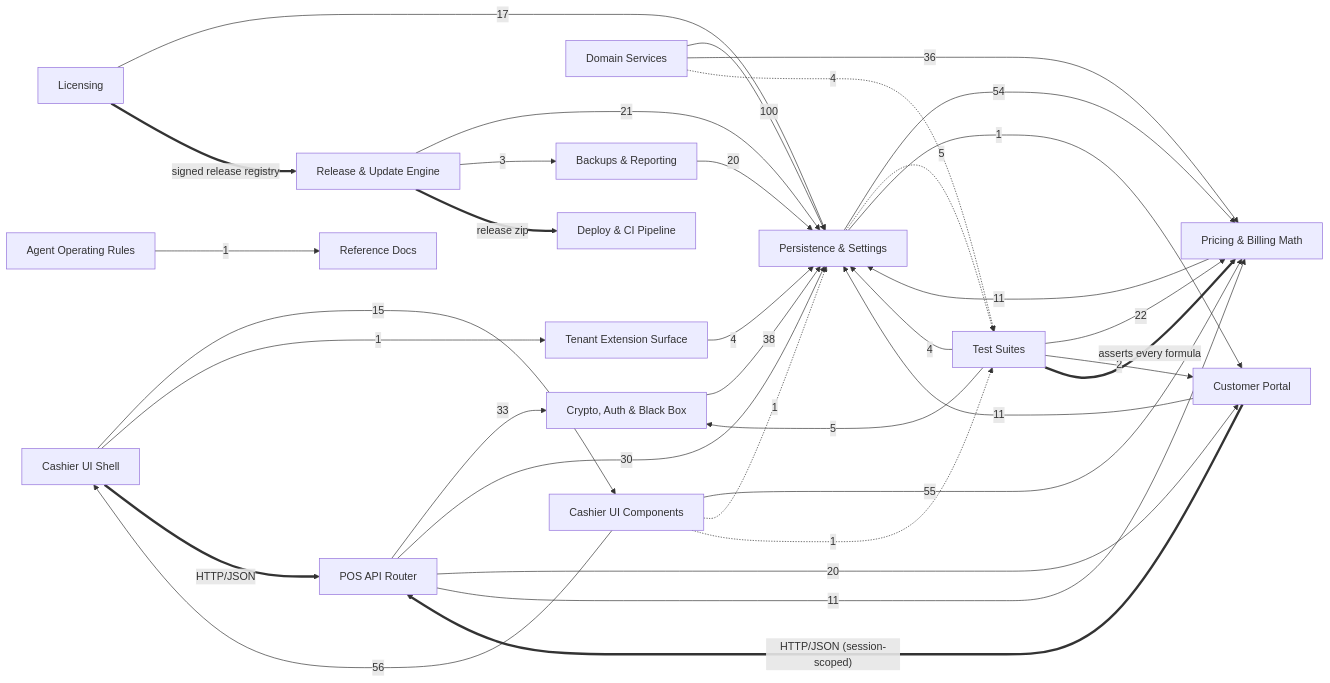
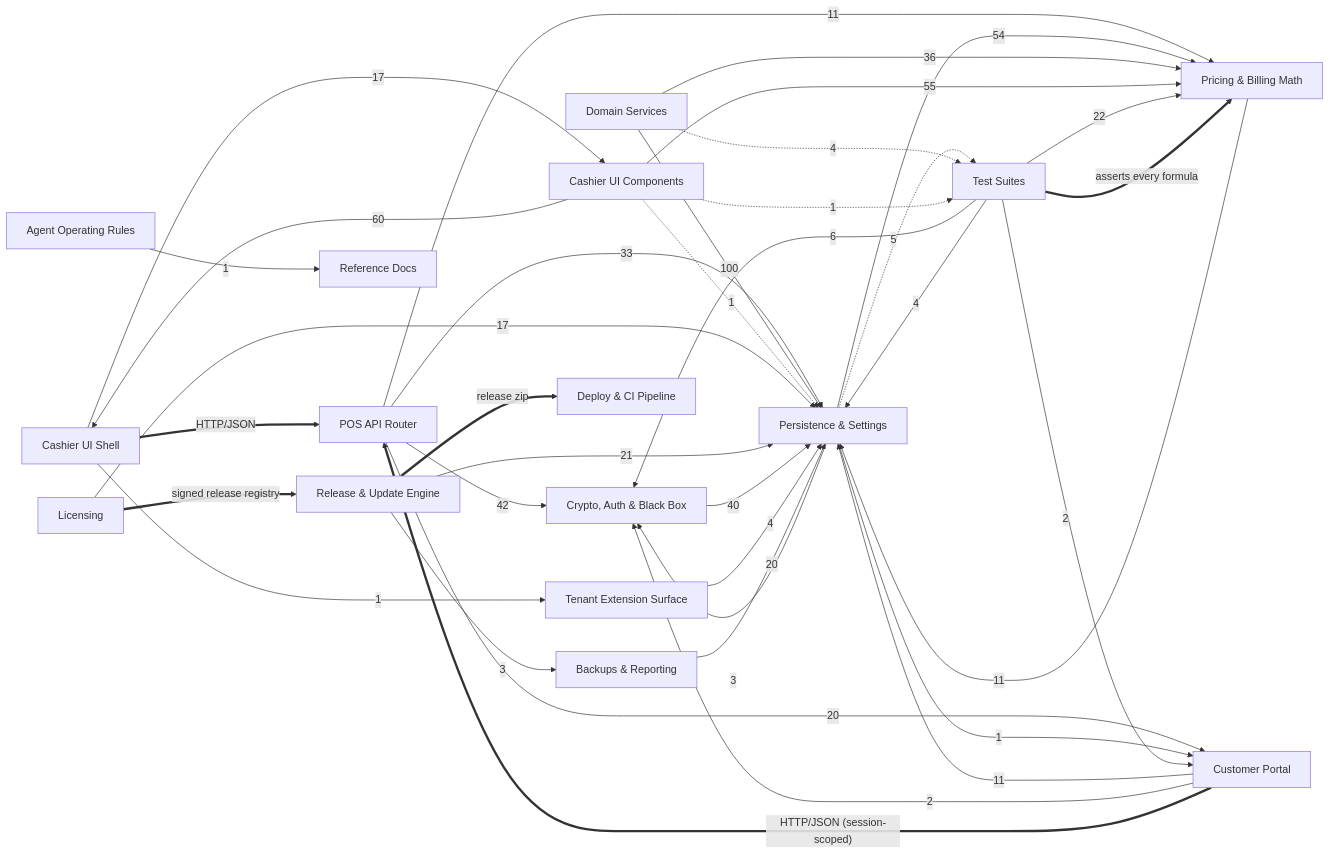
The second of 2 diagrams in docs/brain/BRAIN.md (Vishalnayak226/gold_pos), drawn with Mermaid before and after one commit. The commit also changed other lines of this file and 15 other files, not shown here.

````diff
--- a/docs/brain/BRAIN.md
+++ b/docs/brain/BRAIN.md
@@ -94,53 +94,55 @@
 ```mermaid
 flowchart LR
   pos_api["POS API Router"]
   security["Crypto, Auth & Black Box"]
   persistence["Persistence & Settings"]
   customer_portal["Customer Portal"]
   pricing["Pricing & Billing Math"]
   tests["Test Suites"]
   domain_services["Domain Services"]
   pos_ui["Cashier UI Shell"]
   pos_components["Cashier UI Components"]
   extensions["Tenant Extension Surface"]
   licensing["Licensing"]
   updates["Release & Update Engine"]
   maintenance["Backups & Reporting"]
   agent_config["Agent Operating Rules"]
   reference["Reference Docs"]
   deploy["Deploy & CI Pipeline"]
-  pos_api -->|"33"| security
-  pos_api -->|"30"| persistence
+  pos_api -->|"42"| security
+  pos_api -->|"33"| persistence
   pos_api -->|"20"| customer_portal
   pos_api -->|"11"| pricing
   persistence -->|"54"| pricing
   persistence -.->|"5"| tests
+  persistence -->|"3"| security
   persistence -->|"1"| customer_portal
   domain_services -->|"100"| persistence
   domain_services -->|"36"| pricing
   domain_services -.->|"4"| tests
   pricing -->|"11"| persistence
-  pos_ui -->|"15"| pos_components
+  pos_ui -->|"17"| pos_components
   pos_ui -->|"1"| extensions
-  pos_components -->|"56"| pos_ui
+  pos_components -->|"60"| pos_ui
   pos_components -->|"55"| pricing
   pos_components -.->|"1"| persistence
   pos_components -.->|"1"| tests
   customer_portal -->|"11"| persistence
+  customer_portal -->|"2"| security
   licensing -->|"17"| persistence
   updates -->|"21"| persistence
   updates -->|"3"| maintenance
-  security -->|"38"| persistence
+  security -->|"40"| persistence
   extensions -->|"4"| persistence
   maintenance -->|"20"| persistence
   tests -->|"22"| pricing
-  tests -->|"5"| security
+  tests -->|"6"| security
   tests -->|"4"| persistence
   tests -->|"2"| customer_portal
   agent_config -->|"1"| reference
   pos_ui ==>|"HTTP/JSON"| pos_api
   customer_portal ==>|"HTTP/JSON (session-scoped)"| pos_api
   licensing ==>|"signed release registry"| updates
   updates ==>|"release zip"| deploy
   tests ==>|"asserts every formula"| pricing
 ```
````
